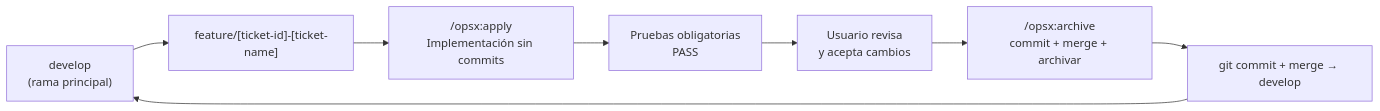
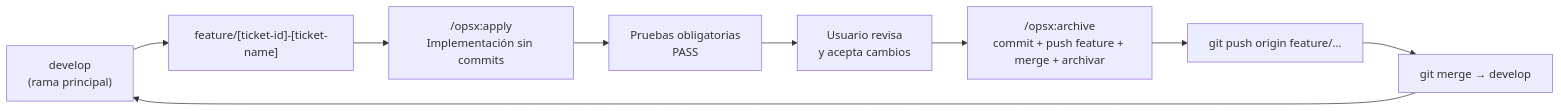
Before and after one commit to isaacmvimv/AI4Devs-finalproject-IMV: the diagram in docs/openspec-tasks-mandatory-steps.md, drawn with Mermaid. The commit also changed other lines of this file and 7 other files, not shown here.

Commit message:
Actualización de la documentación de OpenSpec: se modifica el flujo de cierre para incluir el push de la rama feature al remoto antes del merge a develop, asegurando la visibilidad del historial en GitHub.

````diff
--- a/docs/openspec-tasks-mandatory-steps.md
+++ b/docs/openspec-tasks-mandatory-steps.md
@@ -572,18 +573,20 @@
 ```mermaid
 flowchart LR
   develop["develop\n(rama principal)"]
   feature["feature/[ticket-id]-[ticket-name]"]
   apply["/opsx:apply\nImplementación sin commits"]
   review["Usuario revisa\ny acepta cambios"]
   tests["Pruebas obligatorias\nPASS"]
-  archive["/opsx:archive\ncommit + merge + archivar"]
-  merge["git commit + merge → develop"]
+  archive["/opsx:archive\ncommit + push feature + merge + archivar"]
+  pushFeature["git push origin feature/..."]
+  merge["git merge → develop"]
 
   develop --> feature
   feature --> apply
   apply --> tests
   tests --> review
   review --> archive
-  archive --> merge
+  archive --> pushFeature
+  pushFeature --> merge
   merge --> develop
 ```
````
